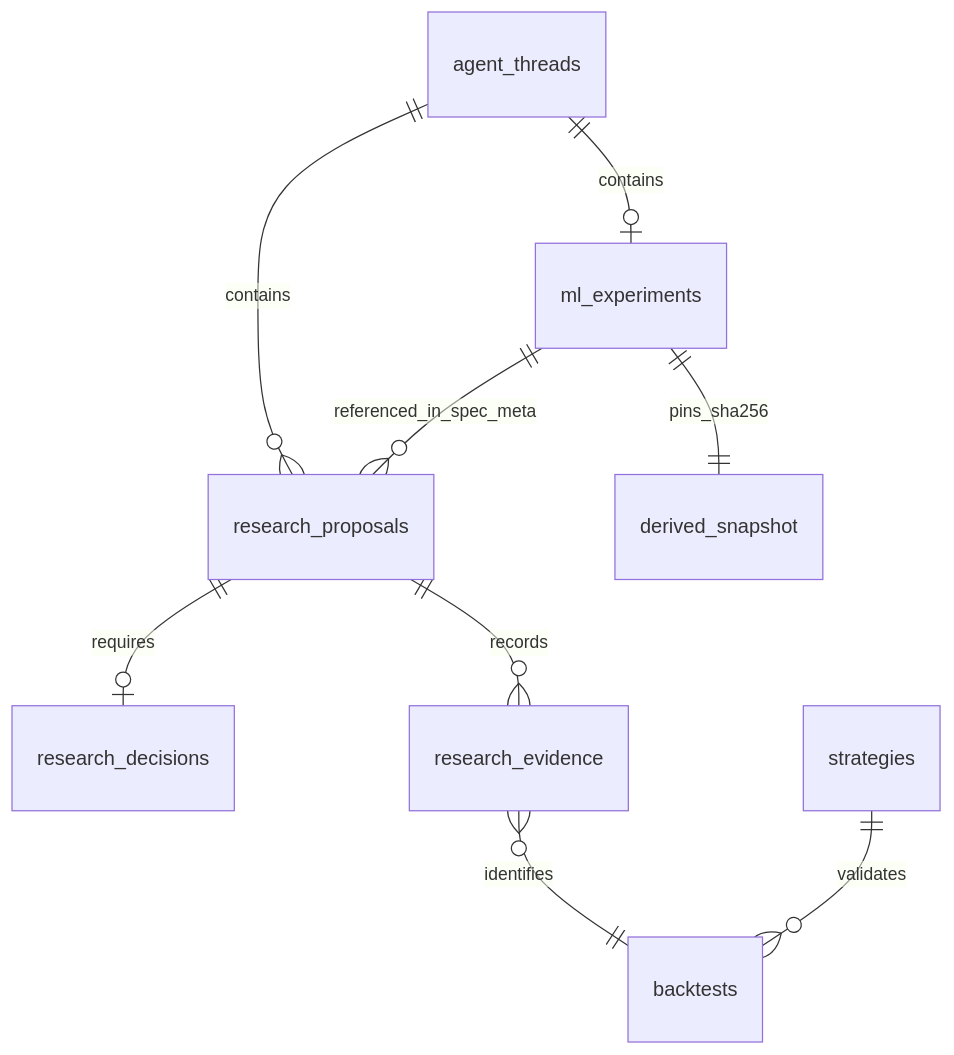
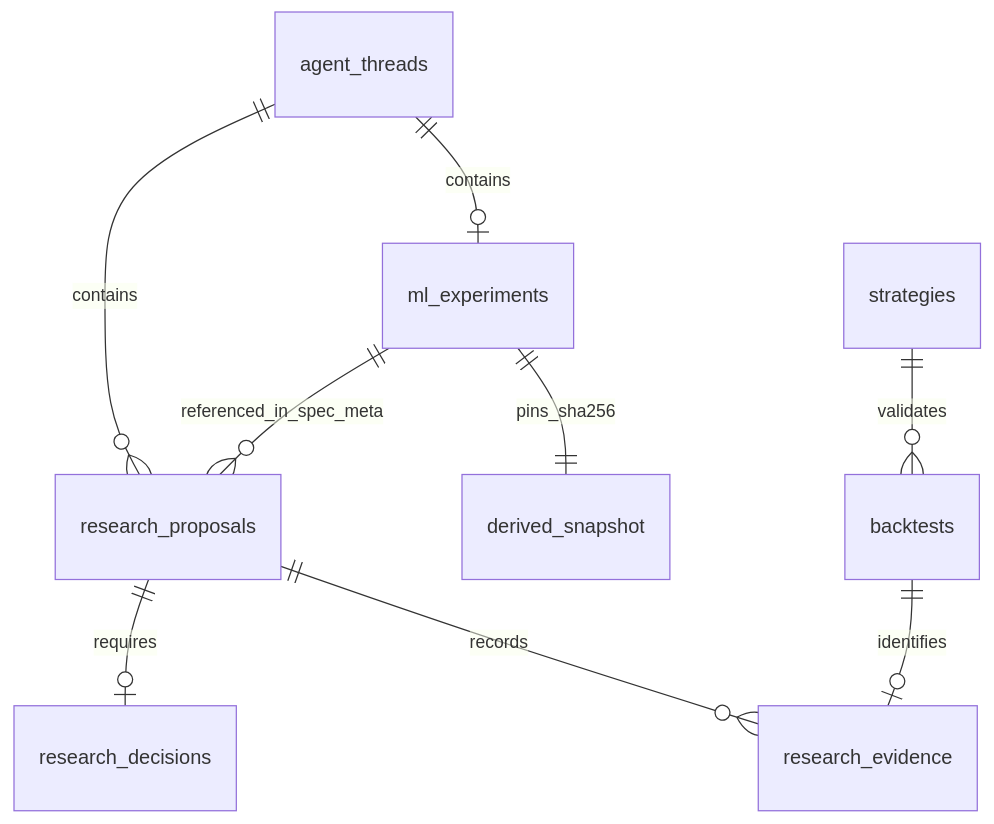
Before and after one commit to LeonelAviles/trading-platform: the diagram in docs/08-ml-research.md, drawn with Mermaid. The commit also changed other lines of this file and 7 other files, not shown here.

````diff
--- a/docs/08-ml-research.md
+++ b/docs/08-ml-research.md
@@ -153,11 +203,11 @@
 ```mermaid
 erDiagram
     agent_threads ||--o| ml_experiments : contains
     agent_threads ||--o{ research_proposals : contains
     ml_experiments ||--|| derived_snapshot : pins_sha256
     ml_experiments ||--o{ research_proposals : referenced_in_spec_meta
     research_proposals ||--o| research_decisions : requires
     research_proposals ||--o{ research_evidence : records
-    research_evidence }o--|| backtests : identifies
+    backtests ||--o| research_evidence : identifies
     strategies ||--o{ backtests : validates
 ```
````
